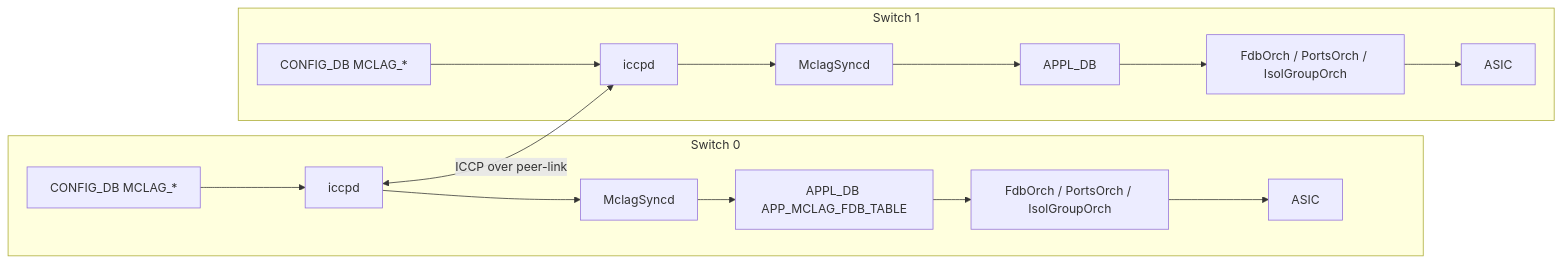
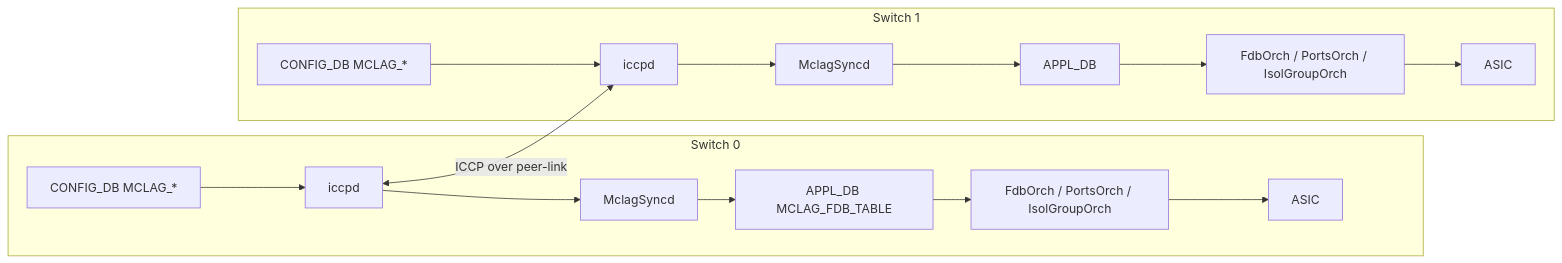
Before and after one commit to aoki-taquan/sonic-unofficial-docs: the diagram in docs/switching/mclag-enhancements.md, drawn with Mermaid. The commit also changed other lines of this file and 23 other files, not shown here.

````diff
--- a/docs/switching/mclag-enhancements.md
+++ b/docs/switching/mclag-enhancements.md
@@ -72,23 +72,23 @@
 ```mermaid
 flowchart LR
   subgraph S0[Switch 0]
     CFG0[CONFIG_DB MCLAG_*]
     ICC0[iccpd]
     MS0[MclagSyncd]
-    APP0[APPL_DB APP_MCLAG_FDB_TABLE]
+    APP0[APPL_DB MCLAG_FDB_TABLE]
     OR0[FdbOrch / PortsOrch / IsolGroupOrch]
     SAI0[ASIC]
   end
   subgraph S1[Switch 1]
     CFG1[CONFIG_DB MCLAG_*]
     ICC1[iccpd]
     MS1[MclagSyncd]
     APP1[APPL_DB]
     OR1[FdbOrch / PortsOrch / IsolGroupOrch]
     SAI1[ASIC]
   end
   CFG0 --> ICC0
   ICC0 <-->|ICCP over peer-link| ICC1
   ICC0 --> MS0 --> APP0 --> OR0 --> SAI0
   CFG1 --> ICC1 --> MS1 --> APP1 --> OR1 --> SAI1
 ```
````
